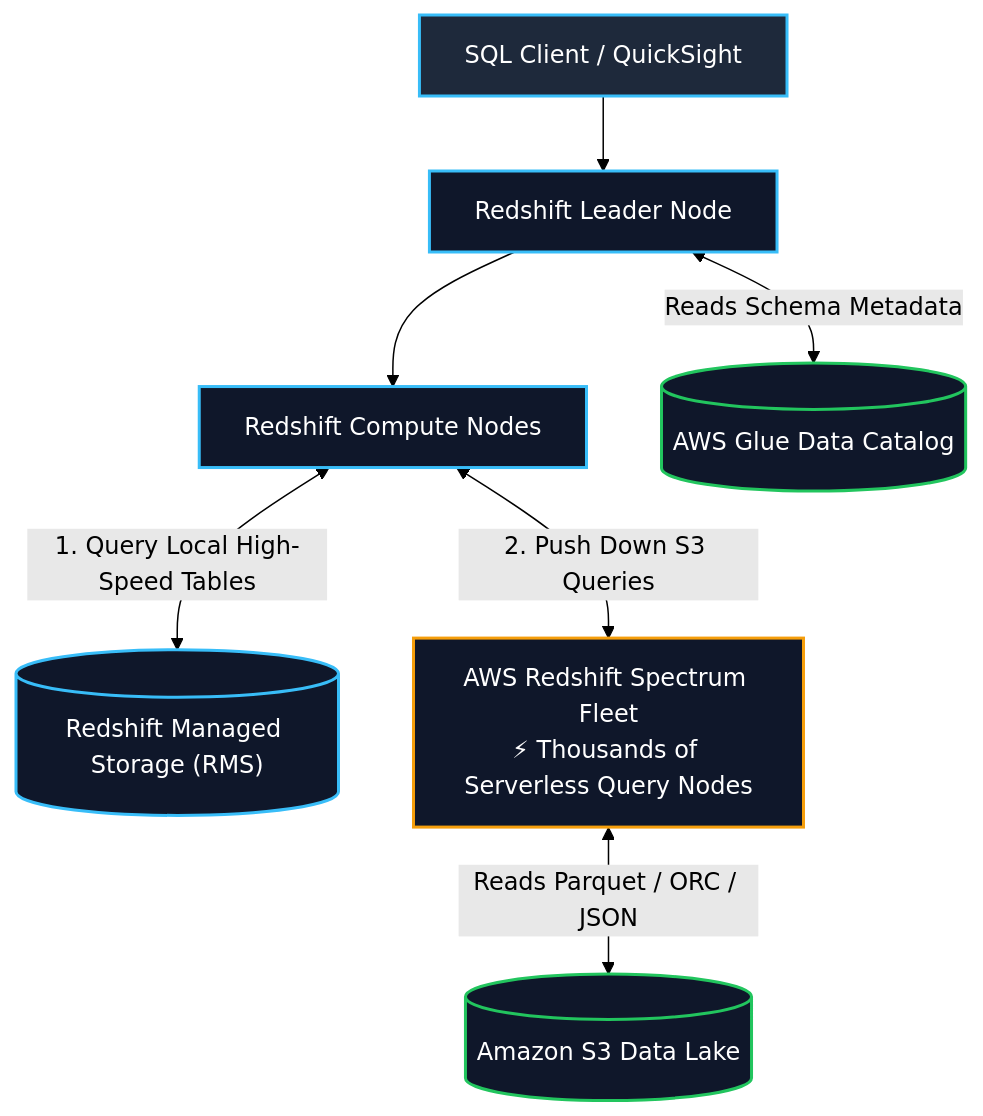
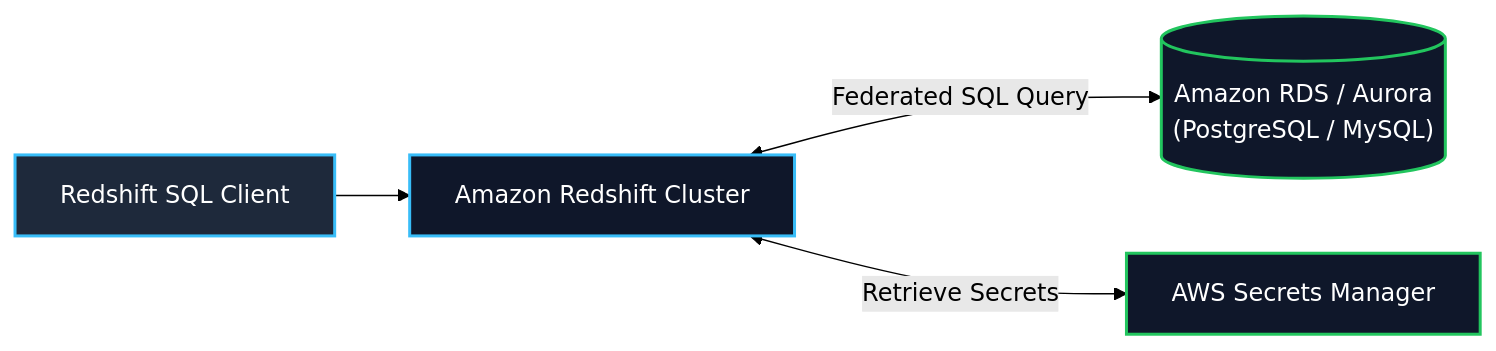
One commit to Wathon/aws-dea-c01-note changed the eighth of 9 diagrams in content/02-services/database/redshift.md. Above: the diagram before and after it, drawn with Mermaid (forest theme). The commit also changed other lines of this file, not shown here.

Commit message:
feat(redshift): comprehensively map and detail all 46 course slides (pages 220-265) into master study note

````diff
--- a/content/02-services/database/redshift.md
+++ b/content/02-services/database/redshift.md
@@ -276,21 +473,14 @@
 ```mermaid
-graph TD
-    Client["SQL Client / QuickSight"] --> Leader["Redshift Leader Node"]
-    Leader --> ComputeNodes["Redshift Compute Nodes"]
-    
-    ComputeNodes <-->|"1. Query Local High-Speed Tables"| RMS[("Redshift Managed Storage (RMS)")]
-    ComputeNodes <-->|"2. Push Down S3 Queries"| SpectrumFleet["AWS Redshift Spectrum Fleet<br/>⚡ Thousands of Serverless Query Nodes"]
-    
-    SpectrumFleet <-->|"Reads Parquet / ORC / JSON"| S3Lake[("Amazon S3 Data Lake")]
-    Leader <-->|"Reads Schema Metadata"| GlueCat[("AWS Glue Data Catalog")]
+graph LR
+    Client["Redshift SQL Client"] --> Redshift["Amazon Redshift Cluster"]
+    Redshift <-->|"Federated SQL Query"| RDS_Aurora[("Amazon RDS / Aurora<br/>(PostgreSQL / MySQL)")]
+    Redshift <-->|"Retrieve Secrets"| Secrets["AWS Secrets Manager"]
 
     classDef client fill:#1e293b,stroke:#38bdf8,stroke-width:2px,color:#fff;
     classDef rs fill:#0f172a,stroke:#38bdf8,stroke-width:2px,color:#fff;
-    classDef spec fill:#0f172a,stroke:#f59e0b,stroke-width:2px,color:#fff;
-    classDef lake fill:#0f172a,stroke:#22c55e,stroke-width:2px,color:#fff;
+    classDef rds fill:#0f172a,stroke:#22c55e,stroke-width:2px,color:#fff;
 
     class Client client;
-    class Leader,ComputeNodes,RMS rs;
-    class SpectrumFleet spec;
-    class S3Lake,GlueCat lake;
+    class Redshift rs;
+    class RDS_Aurora,Secrets rds;
 ```
````
